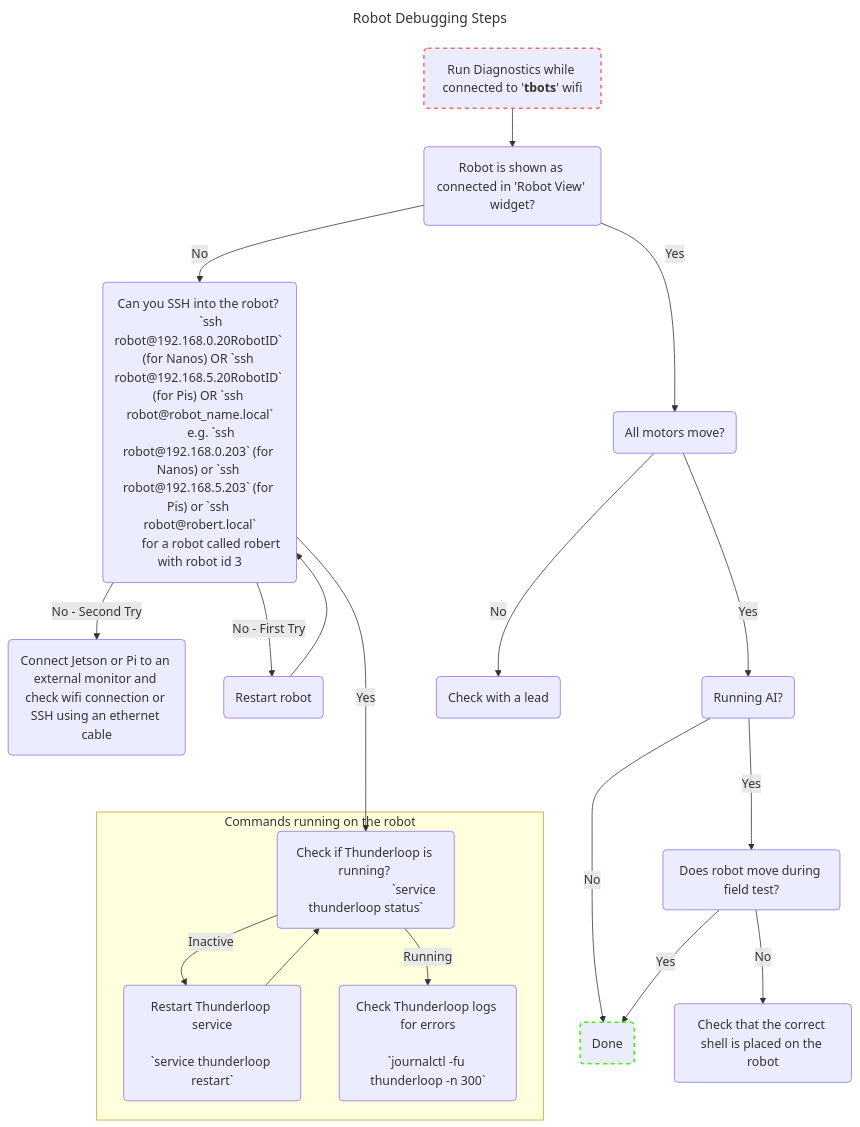
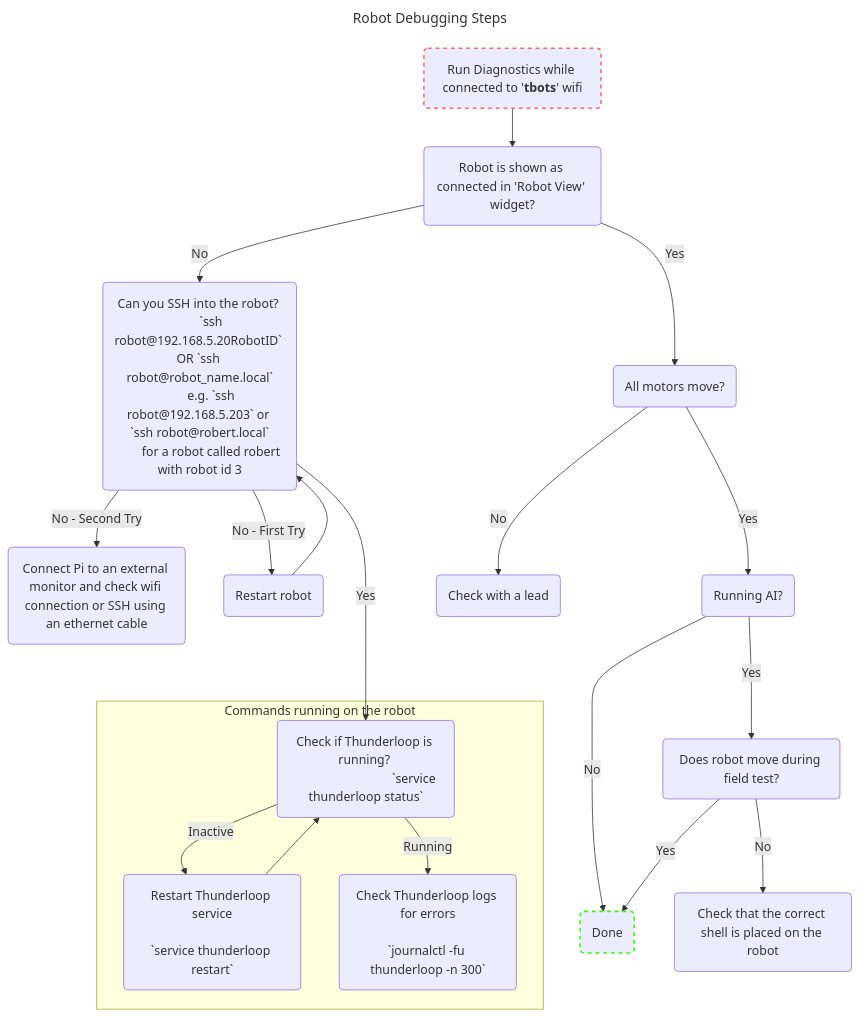
The diagram in docs/useful-robot-commands.md (UBC-Thunderbots/Software), drawn with Mermaid before and after one commit. The commit also changed other lines of this file and 43 other files, not shown here.

First line of the commit message:
Deprecate Jetson Nanos (#3619)

````diff
--- a/docs/useful-robot-commands.md
+++ b/docs/useful-robot-commands.md
@@ -28,40 +27,40 @@
 ```mermaid
 ---
 title: Robot Debugging Steps
 ---
 flowchart TD
     ssh("Can you SSH into the robot? 
-        `ssh robot@192.168.0.20RobotID` (for Nanos) OR `ssh robot@192.168.5.20RobotID` (for Pis) OR `ssh robot@robot_name.local`
-        e.g. `ssh robot@192.168.0.203` (for Nanos) or `ssh robot@192.168.5.203` (for Pis) or `ssh robot@robert.local`
+        `ssh robot@192.168.5.20RobotID` OR `ssh robot@robot_name.local`
+        e.g. `ssh robot@192.168.5.203` or `ssh robot@robert.local`
         for a robot called robert with robot id 3")
     ssh ---> |Yes| tloop_status
-    ssh --> |No - Second Try| monitor("Connect Jetson or Pi to an external monitor and check wifi connection or SSH using an ethernet cable")
+    ssh --> |No - Second Try| monitor("Connect Pi to an external monitor and check wifi connection or SSH using an ethernet cable")
     ssh --> |No - First Try| restart(Restart robot)
     restart --> ssh
 
     diagnostics("`Run Diagnostics while connected to '**tbots**' wifi`") --> robot_view
     robot_view(Robot is shown as connected in 'Robot View' widget?) --> |Yes| check_motors(All motors move?)
     style diagnostics stroke:#f66,stroke-width:2px,stroke-dasharray: 5 5
 
     check_motors -->|Yes| field_test(Running AI?)
     field_test -->|No| done(Done)
     style done stroke:#30fa02,stroke-width:2px,stroke-dasharray: 5 5
     field_test -->|Yes| field_test_moves(Does robot move during field test?)
     field_test_moves --> |No| check_shell("`Check that the correct shell is placed on the robot`")
     check_shell
     field_test_moves --> |Yes| done
 
     robot_view --> |No| ssh
     check_motors -->|No| rip
     rip(Check with a lead)
                   
     subgraph ssh_graph [Commands running on the robot]
     tloop_status(Check if Thunderloop is running? 
                                `service thunderloop status`)
     tloop_status --> |Inactive| tloop_restart(Restart Thunderloop service
                                               `service thunderloop restart`)
     tloop_status --> |Running| tloop_logs(Check Thunderloop logs for errors
                                           `journalctl -fu thunderloop -n 300`)
     tloop_restart --> tloop_status
     end
 ```
````
